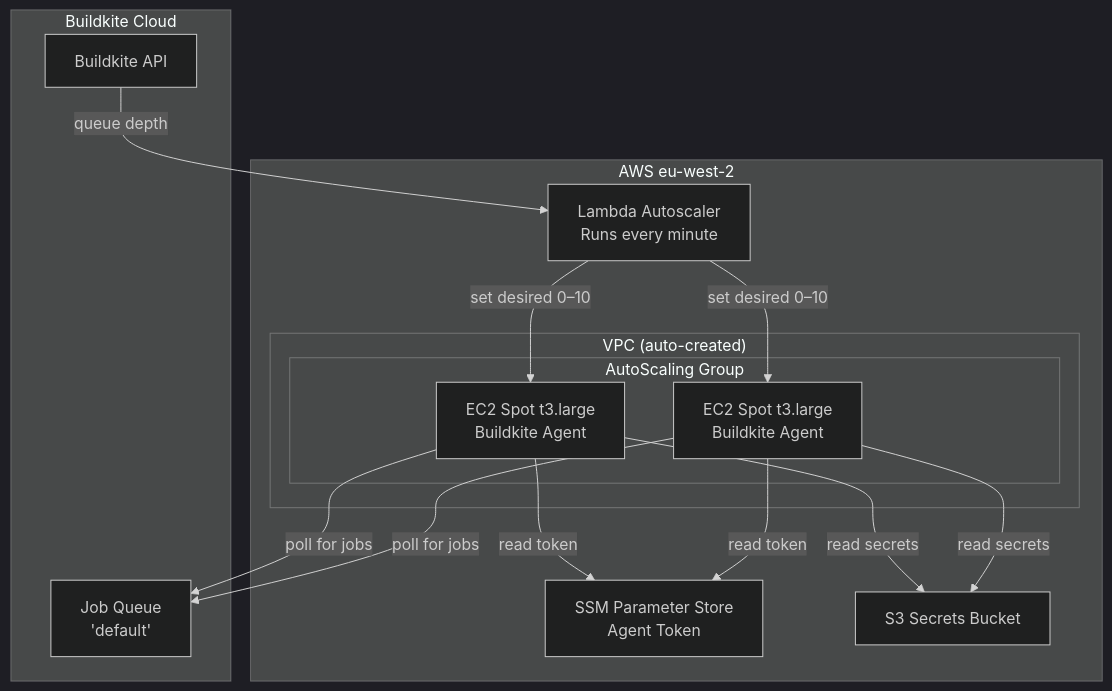
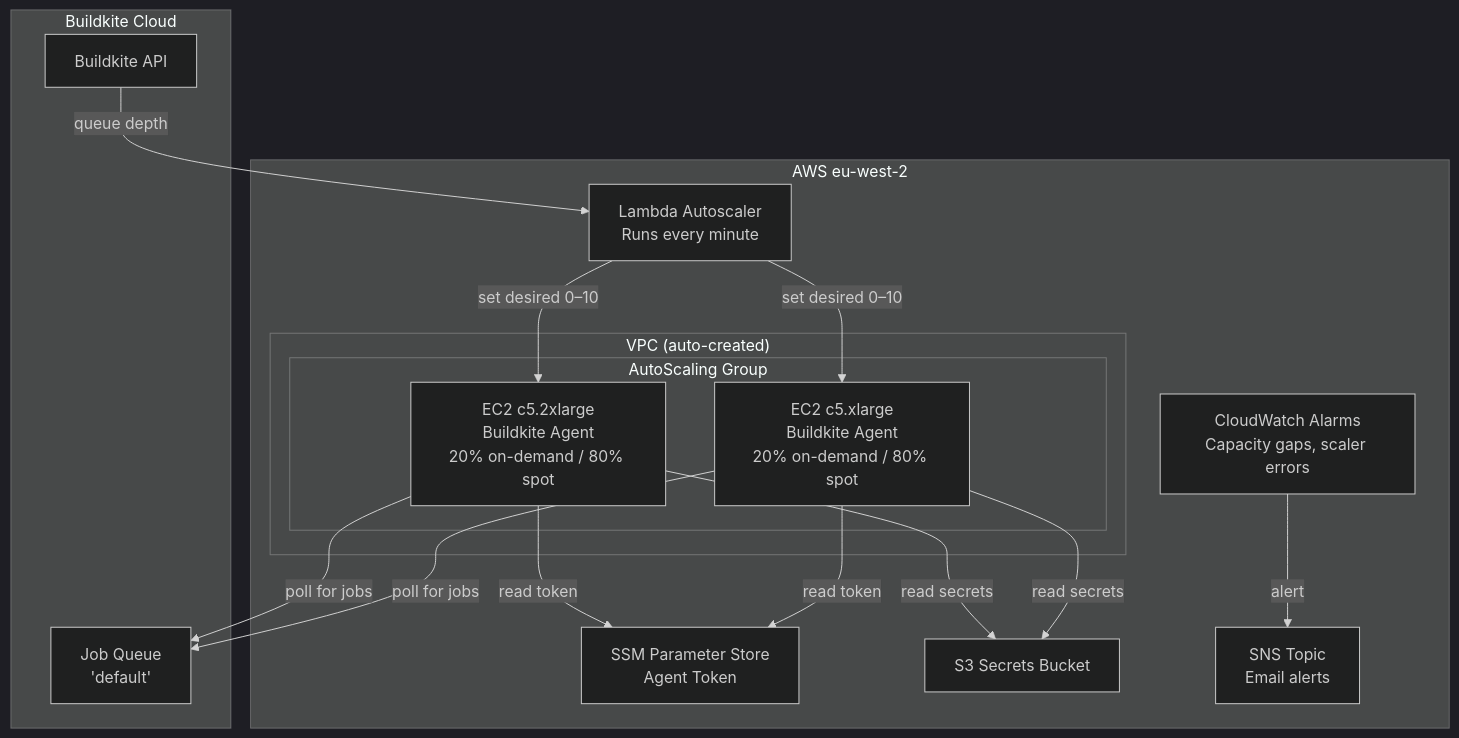
The first of 3 diagrams in terraform/buildkite-agents/README.md (mock-server/mockserver), drawn with Mermaid (dark theme) before and after one commit. The commit also changed other lines of this file and 6 other files, not shown here.

First line of the commit message:
feat(infra): improve Buildkite agent reliability and observability

````diff
--- a/terraform/buildkite-agents/README.md
+++ b/terraform/buildkite-agents/README.md
@@ -7,25 +7,29 @@
 ```mermaid
 flowchart TB
     subgraph "Buildkite Cloud"
         BK_API[Buildkite API]
         BK_QUEUE[Job Queue<br/>'default']
     end
 
     subgraph "AWS eu-west-2"
         subgraph "VPC (auto-created)"
             subgraph "AutoScaling Group"
-                EC2_1[EC2 Spot t3.large<br/>Buildkite Agent]
-                EC2_2[EC2 Spot t3.large<br/>Buildkite Agent]
+                EC2_1[EC2 c5.2xlarge<br/>Buildkite Agent<br/>20% on-demand / 80% spot]
+                EC2_2[EC2 c5.xlarge<br/>Buildkite Agent<br/>20% on-demand / 80% spot]
             end
         end
         SCALER[Lambda Autoscaler<br/>Runs every minute]
         SSM[SSM Parameter Store<br/>Agent Token]
         S3_SECRETS[S3 Secrets Bucket]
+        CW_ALARMS[CloudWatch Alarms<br/>Capacity gaps, scaler errors]
+        SNS[SNS Topic<br/>Email alerts]
     end
+    
+    CW_ALARMS -->|alert| SNS
 
     BK_API -->|queue depth| SCALER
     SCALER -->|set desired 0–10| EC2_1 & EC2_2
     EC2_1 & EC2_2 -->|poll for jobs| BK_QUEUE
     EC2_1 & EC2_2 -->|read token| SSM
     EC2_1 & EC2_2 -->|read secrets| S3_SECRETS
 ```
````
